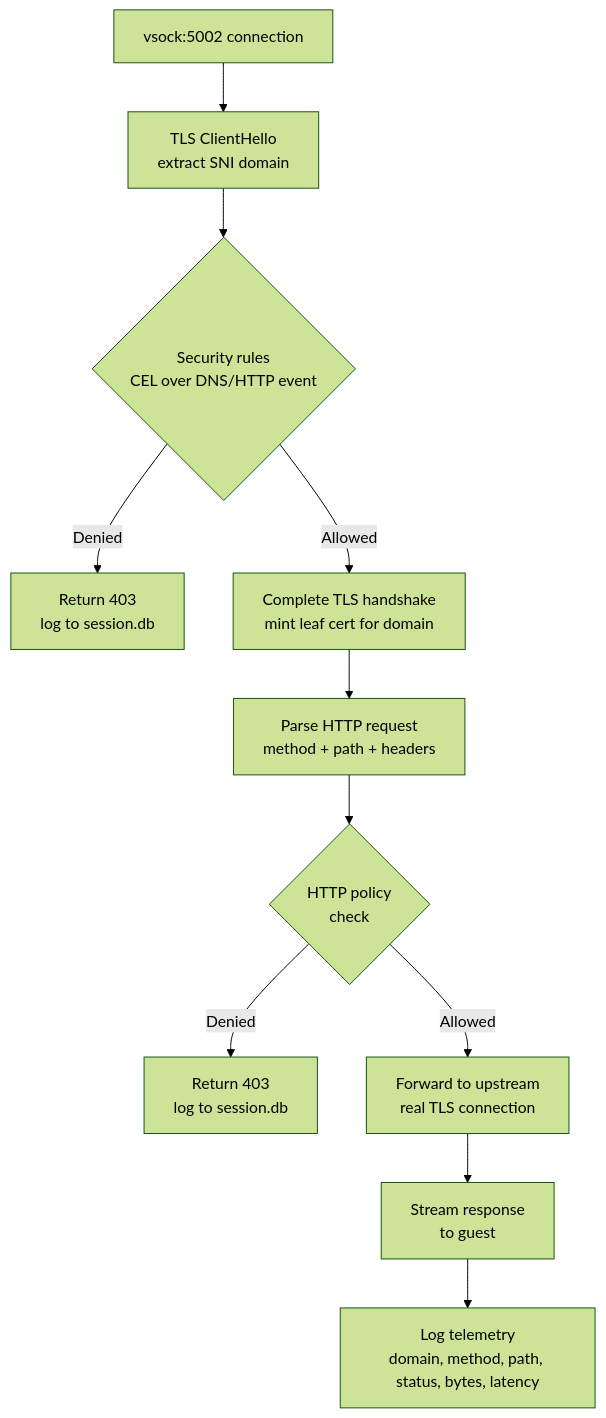
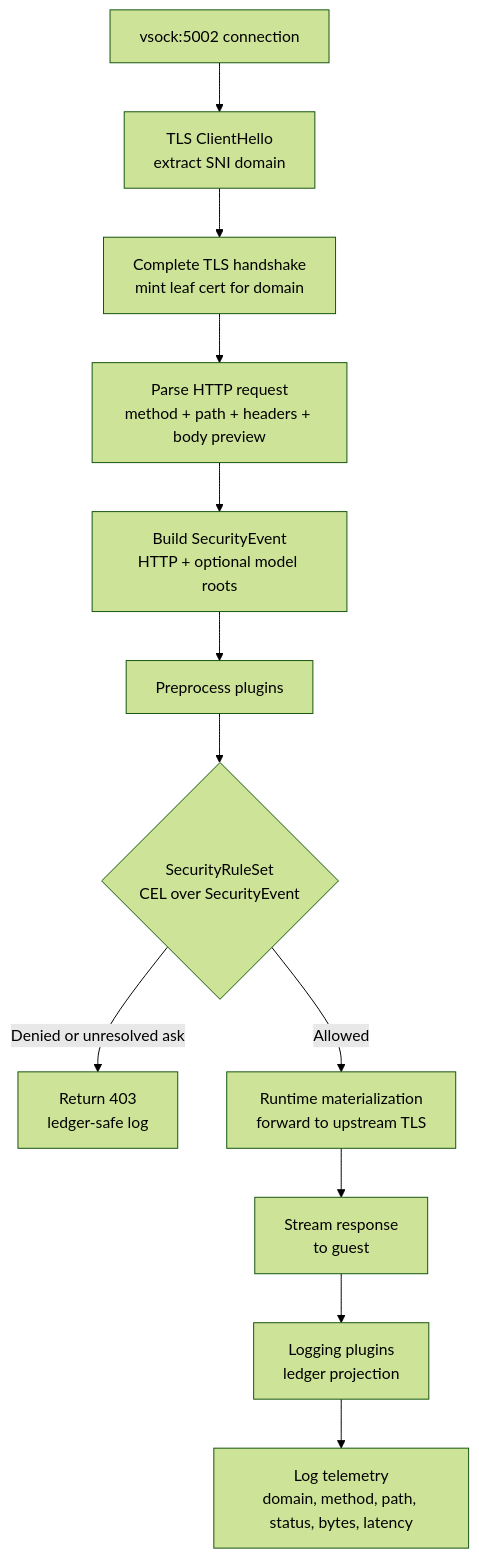
Before and after one commit to google/capsem: the second of 3 diagrams in docs/src/content/docs/security/network-isolation.md, drawn with Mermaid (forest theme). The commit also changed 18 other files, not shown here.

````diff
--- a/docs/src/content/docs/security/network-isolation.md
+++ b/docs/src/content/docs/security/network-isolation.md
@@ -64,13 +64,14 @@
 ```mermaid
 graph TD
     A["vsock:5002 connection"] --> B["TLS ClientHello<br/>extract SNI domain"]
-    B --> C{"Security rules<br/>CEL over DNS/HTTP event"}
-    C -->|Denied| D["Return 403<br/>log to session.db"]
-    C -->|Allowed| E["Complete TLS handshake<br/>mint leaf cert for domain"]
-    E --> F["Parse HTTP request<br/>method + path + headers"]
-    F --> G{"HTTP policy<br/>check"}
-    G -->|Denied| H["Return 403<br/>log to session.db"]
-    G -->|Allowed| I["Forward to upstream<br/>real TLS connection"]
+    B --> E["Complete TLS handshake<br/>mint leaf cert for domain"]
+    E --> F["Parse HTTP request<br/>method + path + headers + body preview"]
+    F --> S["Build SecurityEvent<br/>HTTP + optional model roots"]
+    S --> P["Preprocess plugins"]
+    P --> G{"SecurityRuleSet<br/>CEL over SecurityEvent"}
+    G -->|Denied or unresolved ask| H["Return 403<br/>ledger-safe log"]
+    G -->|Allowed| I["Runtime materialization<br/>forward to upstream TLS"]
     I --> J["Stream response<br/>to guest"]
-    J --> K["Log telemetry<br/>domain, method, path, status, bytes, latency"]
+    J --> K["Logging plugins<br/>ledger projection"]
+    K --> L["Log telemetry<br/>domain, method, path, status, bytes, latency"]
 ```
````
